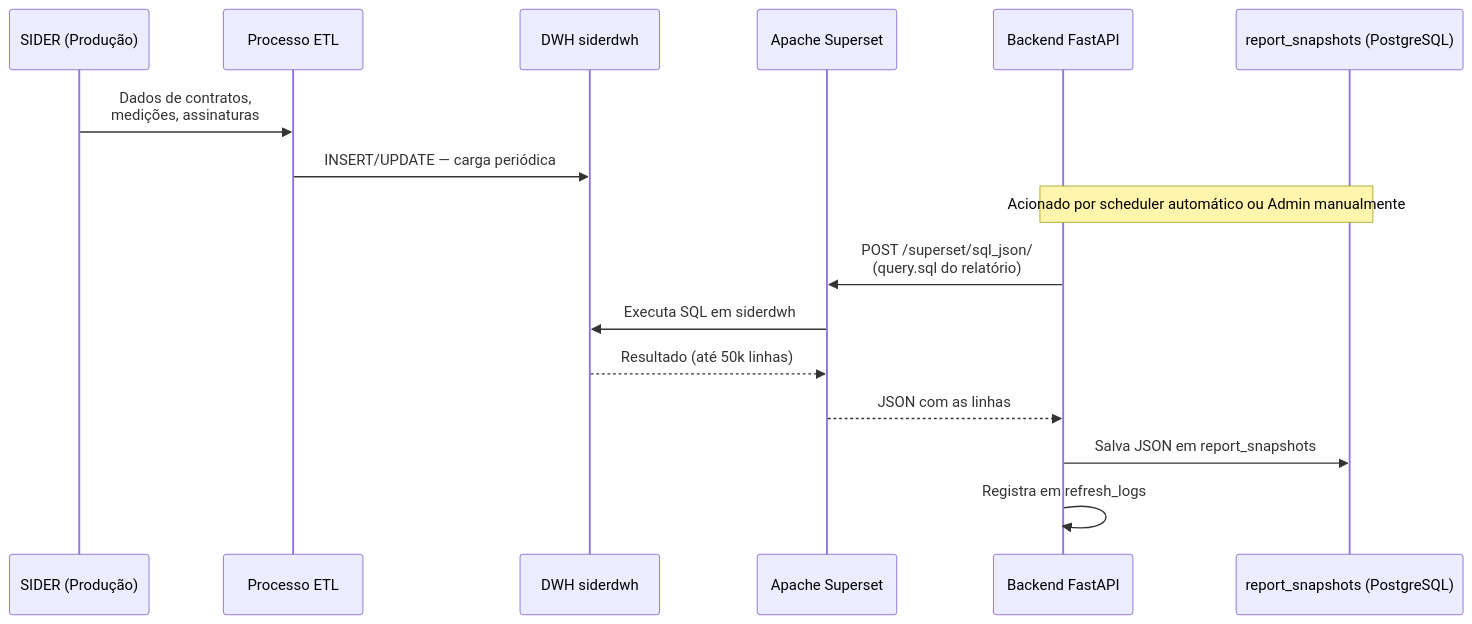
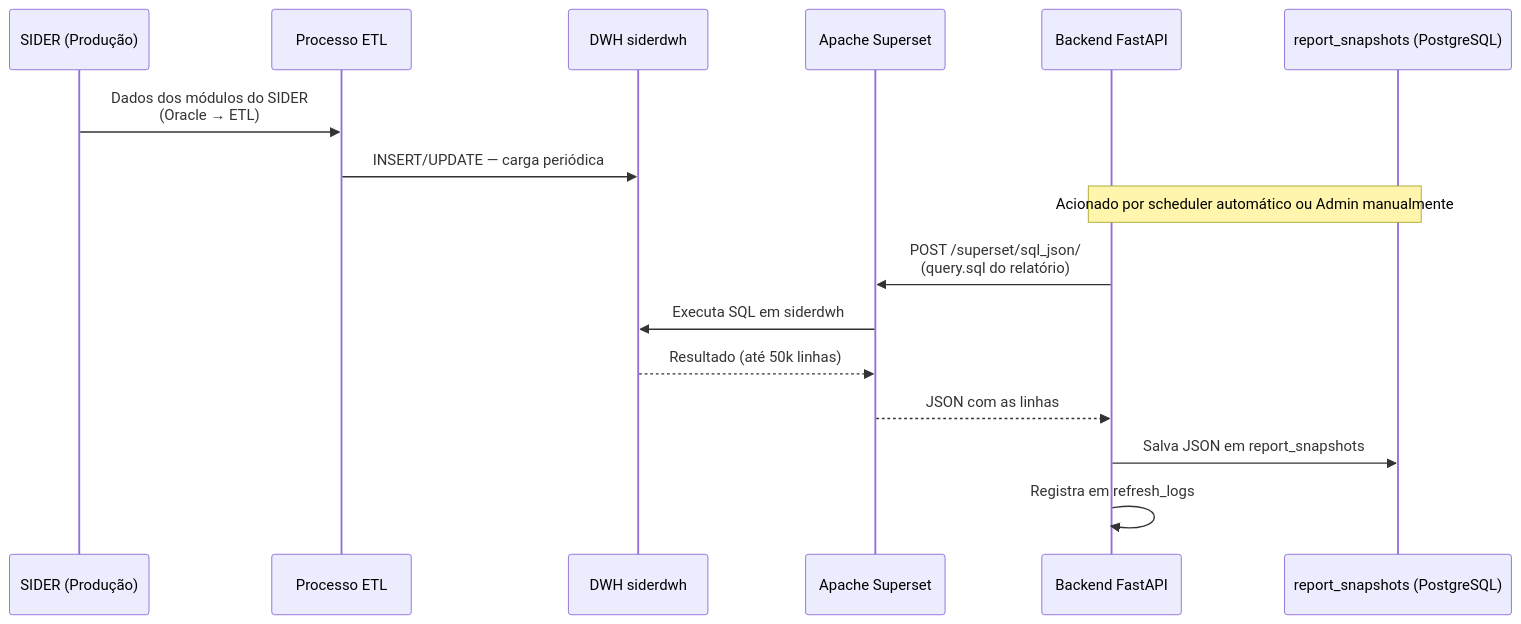
One commit to derpe-softplan/derpe-portal-bi changed the third of 9 diagrams in docs/OVERVIEW.md. Above: the diagram before and after it, drawn with Mermaid. The commit also changed other lines of this file and 2 other files, not shown here.

````diff
--- a/docs/OVERVIEW.md
+++ b/docs/OVERVIEW.md
@@ -105,21 +108,21 @@
 ```mermaid
 sequenceDiagram
     participant SIDER as SIDER (Produção)
     participant ETL as Processo ETL
     participant DWH as DWH siderdwh
     participant Superset as Apache Superset
     participant Backend as Backend FastAPI
     participant Snapshot as report_snapshots (PostgreSQL)
 
-    SIDER->>ETL: Dados de contratos,<br/>medições, assinaturas
+    SIDER->>ETL: Dados dos módulos do SIDER<br/>(Oracle → ETL)
     ETL->>DWH: INSERT/UPDATE — carga periódica
 
     Note over Backend,Snapshot: Acionado por scheduler automático ou Admin manualmente
 
     Backend->>Superset: POST /superset/sql_json/<br/>(query.sql do relatório)
     Superset->>DWH: Executa SQL em siderdwh
     DWH-->>Superset: Resultado (até 50k linhas)
     Superset-->>Backend: JSON com as linhas
     Backend->>Snapshot: Salva JSON em report_snapshots
     Backend->>Backend: Registra em refresh_logs
 ```
````
